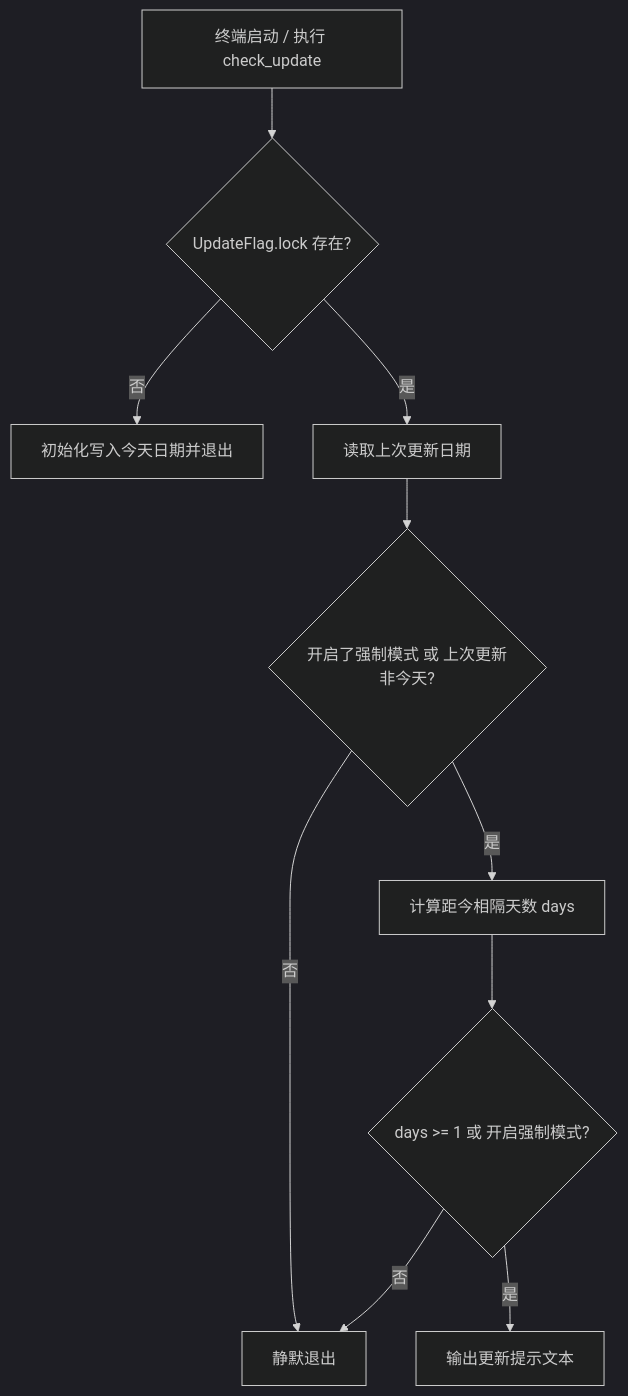
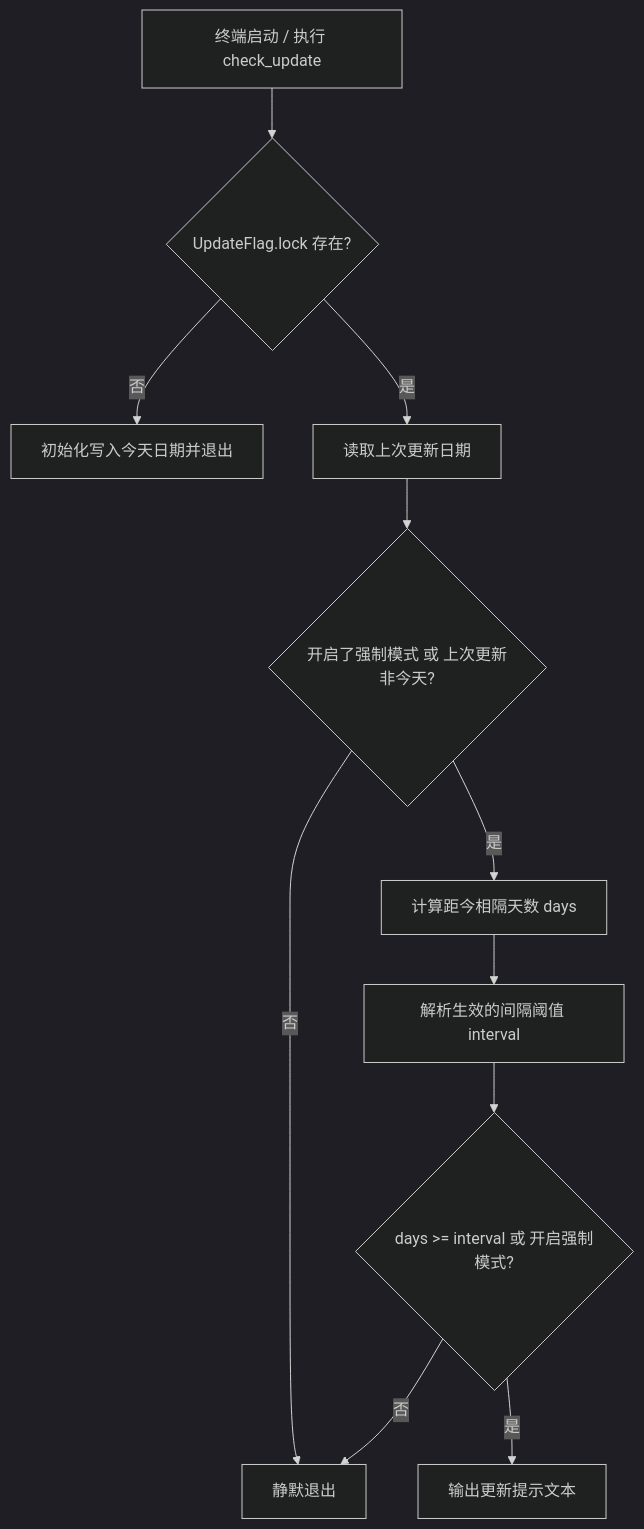
The diagram in docs/zh/check_update.md (Royikiss/zfl), drawn with Mermaid (dark theme) before and after one commit. The commit also changed other lines of this file and 5 other files, not shown here.

````diff
--- a/docs/zh/check_update.md
+++ b/docs/zh/check_update.md
@@ -55,12 +73,13 @@
 ```mermaid
 flowchart TD
     A[终端启动 / 执行 check_update] --> B{UpdateFlag.lock 存在?}
     B -- 否 --> C[初始化写入今天日期并退出]
     B -- 是 --> D[读取上次更新日期]
     D --> E{开启了强制模式 或 上次更新非今天?}
     E -- 否 --> F[静默退出]
     E -- 是 --> G[计算距今相隔天数 days]
-    G --> H{days >= 1 或 开启强制模式?}
-    H -- 否 --> F
-    H -- 是 --> I[输出更新提示文本]
+    G --> H[解析生效的间隔阈值 interval]
+    H --> I{days >= interval 或 开启强制模式?}
+    I -- 否 --> F
+    I -- 是 --> J[输出更新提示文本]
 ```
````
